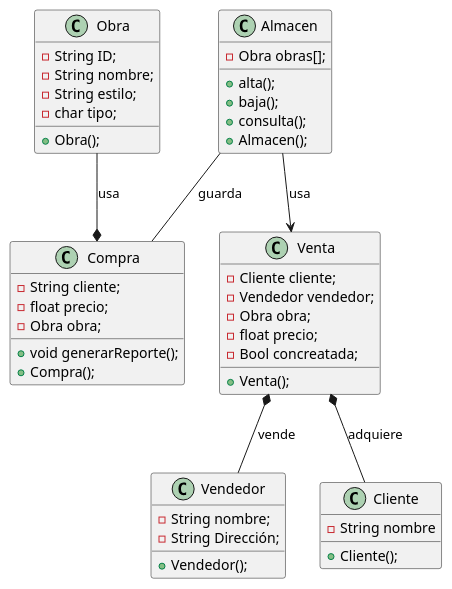
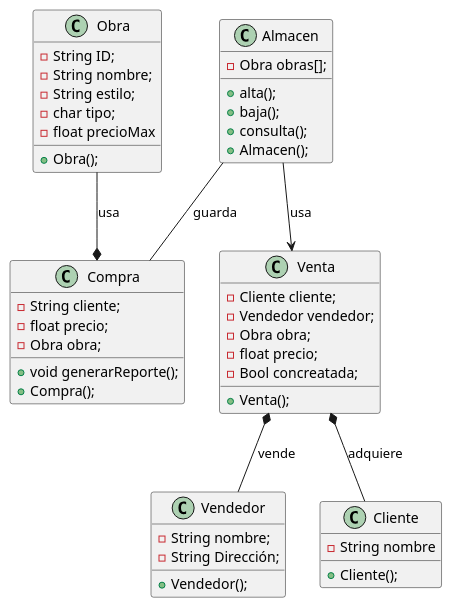
One commit to jpguitron/TC2004-AgoDic17 changed the diagram in Actividades/Osbert/Clases.puml. Above: the diagram before and after it, drawn with PlantUML.

```diff
--- a/Actividades/Osbert/Clases.puml
+++ b/Actividades/Osbert/Clases.puml
@@ -1,50 +1,50 @@
 @startuml
 Class Obra {
   -String ID;
   -String nombre;
   -String estilo;
   -char tipo;
+  -float precioMax
   +Obra();
 }
 Class Compra{
   -String cliente;
   -float precio;
   +void generarReporte();
   -Obra obra;
   +Compra();
 }
 Class Almacen{
   -Obra obras[];
   +alta();
   +baja();
   +consulta();
   +Almacen();
 }
 
 Class Venta{
   -Cliente cliente;
   -Vendedor vendedor;
   -Obra obra;
   -float precio;
   -Bool concreatada;
   +Venta();
 }
 Class Vendedor{
   -String nombre;
   -String Dirección;
   +Vendedor();
 }
 Class Cliente{
   -String nombre
   +Cliente();
 }
 
 Almacen -- Compra : guarda
 Venta *-- Cliente : adquiere
 Venta *-- Vendedor : vende
 Almacen --> Venta :usa
 
 Obra --* Compra : usa
 
-
 @enduml
```
